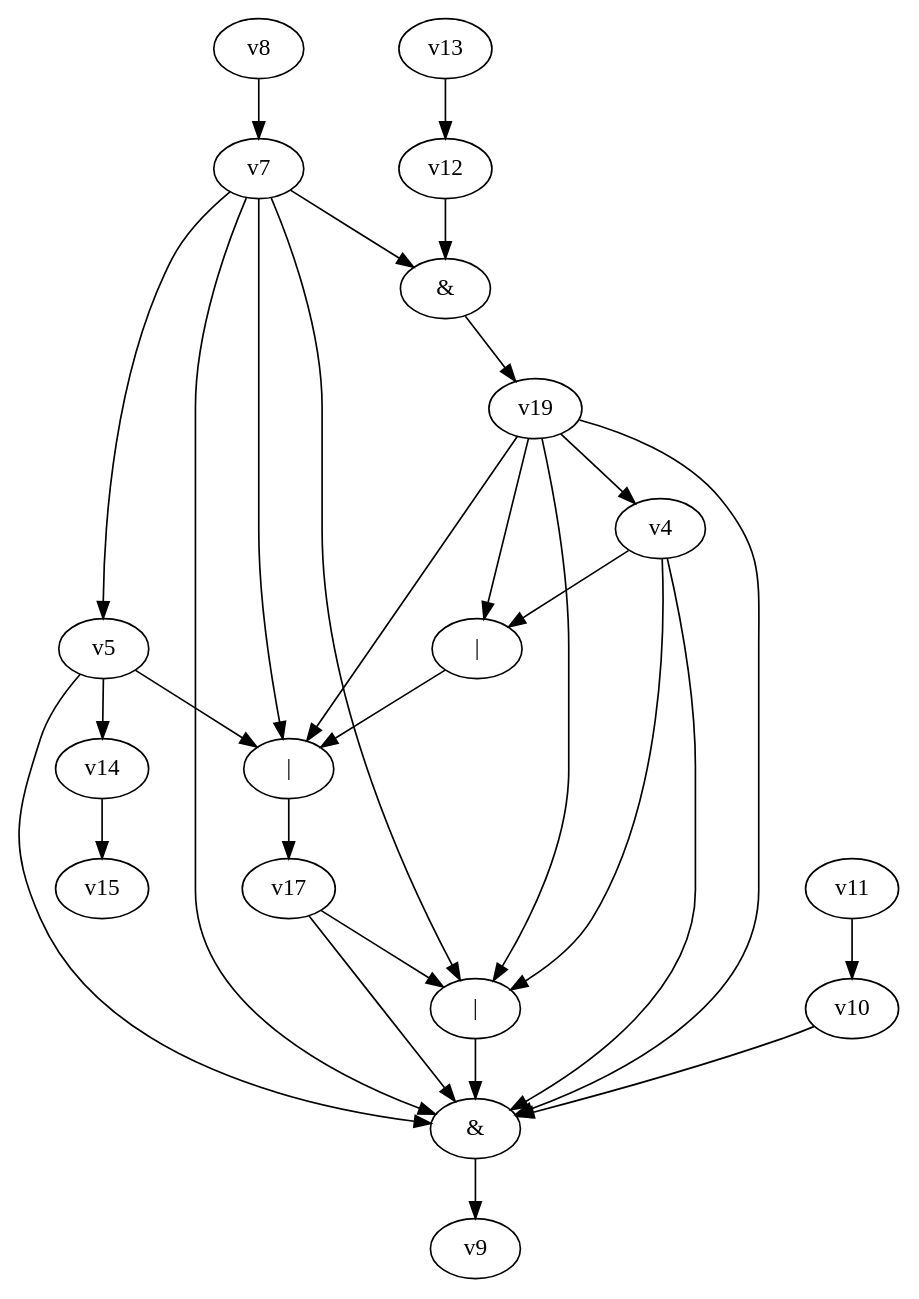
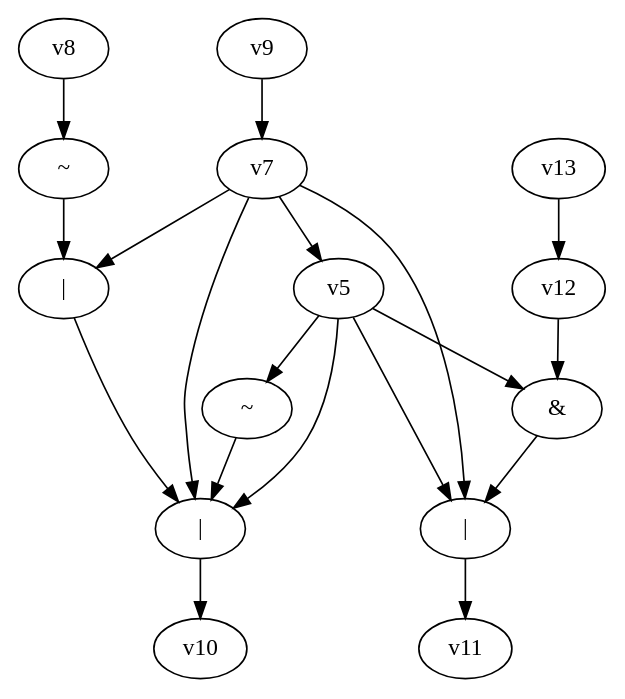
One commit to yadej/graph_project changed the diagram in dot_files/random_bool_circ.dot. Above: the diagram before and after it, drawn with Graphviz. The commit also changed 4 other files, not shown here.

```diff
--- a/dot_files/random_bool_circ.dot
+++ b/dot_files/random_bool_circ.dot
@@ -1,33 +1,26 @@
 digraph G { 
-v0 [label="&"]; 
-v1 [label="|"]; 
+v0 [label="|"]; 
+v1 [label="~"]; 
+v2 [label="|"]; 
 v3 [label="|"]; 
-v16 [label="|"]; 
-v18 [label="&"]; 
-v0 -> v9;
+v4 [label="&"]; 
+v6 [label="~"]; 
+v0 -> v10;
 v1 -> v0;
-v3 -> v16 -> v17;
-v4 -> v0;
-v4 -> v1;
-v4 -> v3;
+v2 -> v11;
+v3 -> v0;
+v4 -> v2;
 v5 -> v0;
-v5 -> v14 -> v15;
-v5 -> v16;
+v5 -> v1;
+v5 -> v2;
+v5 -> v4;
+v6 -> v3;
 v7 -> v0;
-v7 -> v1;
+v7 -> v2;
+v7 -> v3;
 v7 -> v5;
-v7 -> v16;
-v7 -> v18 -> v19;
-v8 -> v7;
-v10 -> v0;
-v11 -> v10;
-v12 -> v18;
+v8 -> v6;
+v9 -> v7;
+v12 -> v4;
 v13 -> v12;
-v17 -> v0;
-v17 -> v1;
-v19 -> v0;
-v19 -> v1;
-v19 -> v3;
-v19 -> v4;
-v19 -> v16;
 }
```
